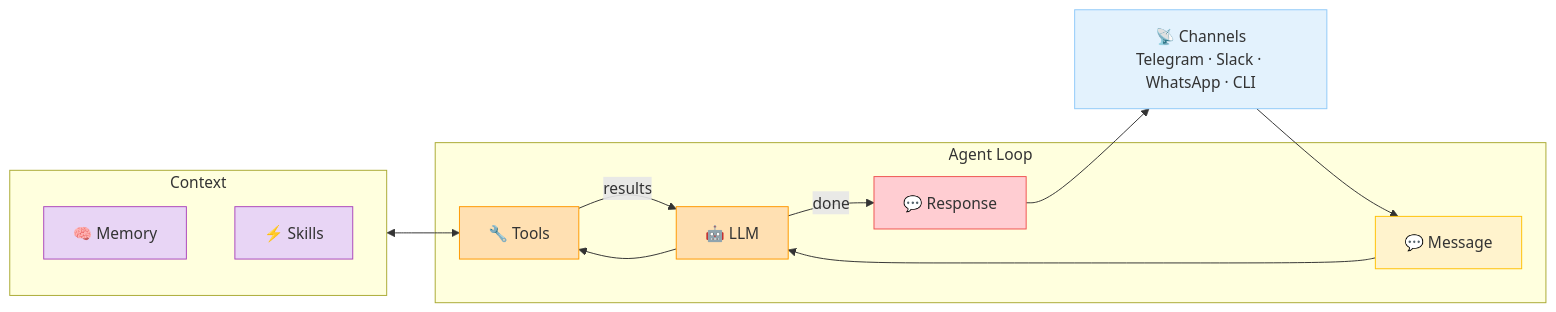
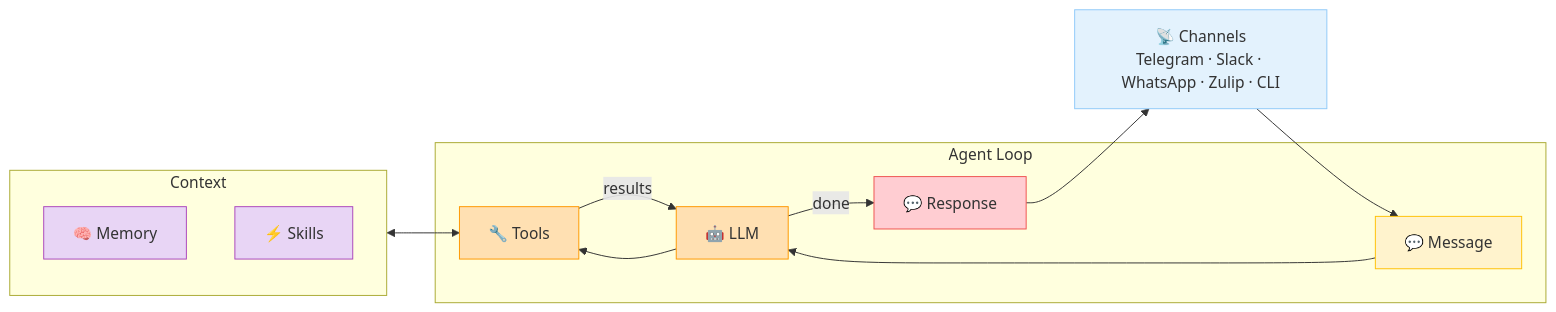
Before and after one commit to crystal-autobot/autobot: the second of 2 diagrams in docs/architecture.md, drawn with Mermaid. The commit also changed other lines of this file and 11 other files, not shown here.

First line of the commit message:
feat(channels): add zulip (#35)

````diff
--- a/docs/architecture.md
+++ b/docs/architecture.md
@@ -97,31 +100,31 @@
 ```mermaid
 graph LR
-    CHAT["📡 Channels\nTelegram · Slack · WhatsApp · CLI"]
+    CHAT["📡 Channels\nTelegram · Slack · WhatsApp · Zulip · CLI"]
 
     CHAT --> MSG["💬 Message"]
 
     subgraph Loop["Agent Loop"]
         MSG --> LLM["🤖 LLM"]
         LLM --> TOOLS["🔧 Tools"]
         TOOLS -->|results| LLM
         LLM -->|done| RSP["💬 Response"]
     end
 
     RSP --> CHAT
 
     subgraph Context
         direction TB
         MEM["🧠 Memory"]
         SKL["⚡ Skills"]
     end
 
     Context <--> TOOLS
 
     style MSG fill:#fff3cd,stroke:#ffc107,color:#333
     style LLM fill:#ffe0b2,stroke:#ff9800,color:#333
     style TOOLS fill:#ffe0b2,stroke:#ff9800,color:#333
     style RSP fill:#ffcdd2,stroke:#ef5350,color:#333
     style CHAT fill:#e3f2fd,stroke:#90caf9,color:#333
     style MEM fill:#e8d5f5,stroke:#ab47bc,color:#333
     style SKL fill:#e8d5f5,stroke:#ab47bc,color:#333
 ```
````
